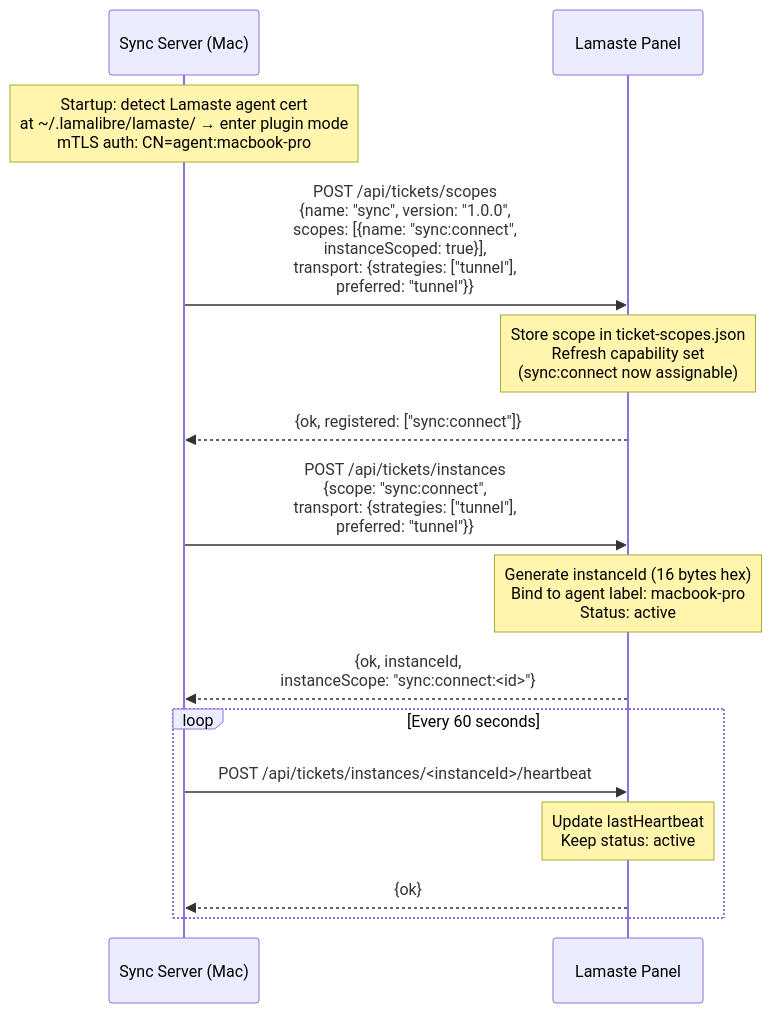
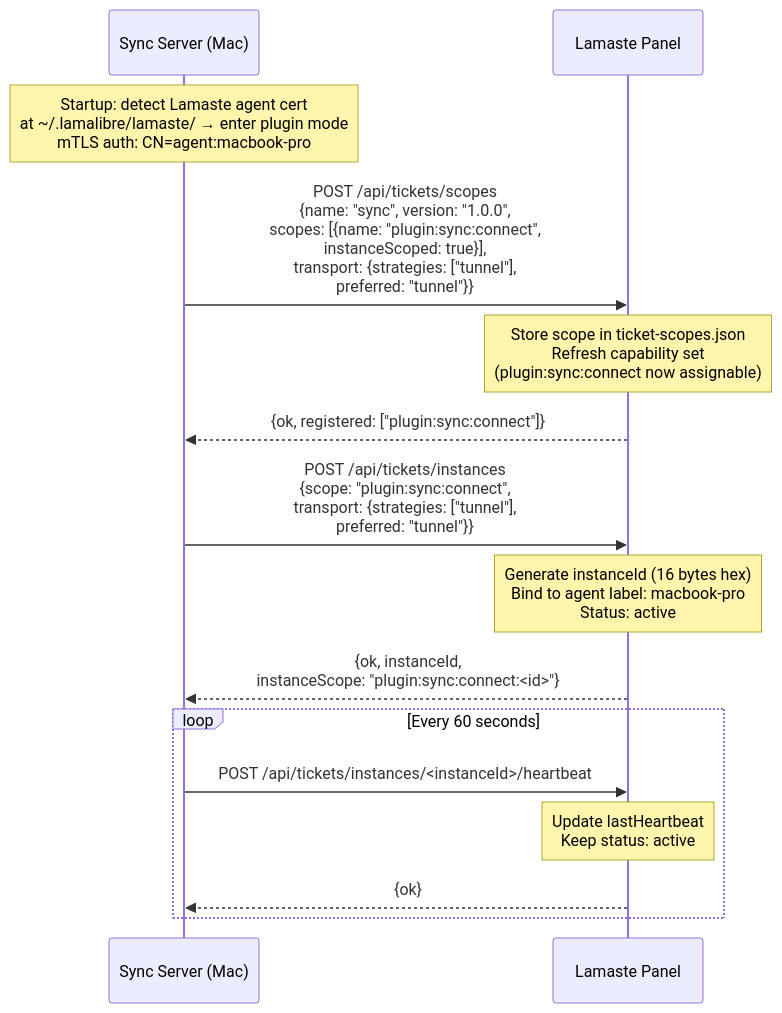
Before and after one commit to lamalibre/lamaste: the third of 11 diagrams in packages/core/docs/02-guides/standalone-plugin-with-tickets.md, drawn with Mermaid. The commit also changed other lines of this file and 5 other files, not shown here.

````diff
--- a/packages/core/docs/02-guides/standalone-plugin-with-tickets.md
+++ b/packages/core/docs/02-guides/standalone-plugin-with-tickets.md
@@ -101,21 +101,21 @@
 ```mermaid
 sequenceDiagram
     participant Sync as Sync Server (Mac)
     participant Panel as Lamaste Panel
 
     Note over Sync: Startup: detect Lamaste agent cert<br/>at ~/.lamalibre/lamaste/ → enter plugin mode<br/>mTLS auth: CN=agent:macbook-pro
 
-    Sync->>Panel: POST /api/tickets/scopes<br/>{name: "sync", version: "1.0.0",<br/>scopes: [{name: "sync:connect",<br/>instanceScoped: true}],<br/>transport: {strategies: ["tunnel"],<br/>preferred: "tunnel"}}
-    Note over Panel: Store scope in ticket-scopes.json<br/>Refresh capability set<br/>(sync:connect now assignable)
-    Panel-->>Sync: {ok, registered: ["sync:connect"]}
+    Sync->>Panel: POST /api/tickets/scopes<br/>{name: "sync", version: "1.0.0",<br/>scopes: [{name: "plugin:sync:connect",<br/>instanceScoped: true}],<br/>transport: {strategies: ["tunnel"],<br/>preferred: "tunnel"}}
+    Note over Panel: Store scope in ticket-scopes.json<br/>Refresh capability set<br/>(plugin:sync:connect now assignable)
+    Panel-->>Sync: {ok, registered: ["plugin:sync:connect"]}
 
-    Sync->>Panel: POST /api/tickets/instances<br/>{scope: "sync:connect",<br/>transport: {strategies: ["tunnel"],<br/>preferred: "tunnel"}}
+    Sync->>Panel: POST /api/tickets/instances<br/>{scope: "plugin:sync:connect",<br/>transport: {strategies: ["tunnel"],<br/>preferred: "tunnel"}}
     Note over Panel: Generate instanceId (16 bytes hex)<br/>Bind to agent label: macbook-pro<br/>Status: active
-    Panel-->>Sync: {ok, instanceId,<br/>instanceScope: "sync:connect:<id>"}
+    Panel-->>Sync: {ok, instanceId,<br/>instanceScope: "plugin:sync:connect:<id>"}
 
     loop Every 60 seconds
         Sync->>Panel: POST /api/tickets/instances/<instanceId>/heartbeat
         Note over Panel: Update lastHeartbeat<br/>Keep status: active
         Panel-->>Sync: {ok}
     end
 ```
````
